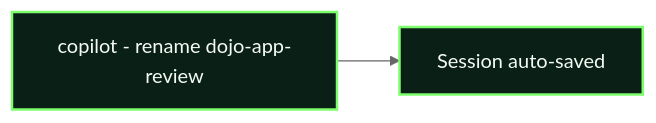
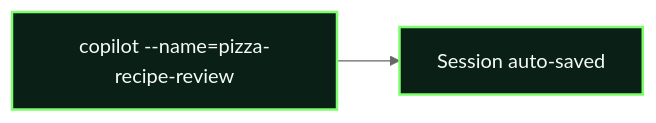
The second of 5 diagrams in 02-context-conversations/README.md (breconno/cowabunga), drawn with Mermaid (neutral theme) before and after one commit. The commit also changed other lines of this file and 7 other files, not shown here.

Commit message:
chore: update README and demo files for pizza recipe project context and flow clarity

````diff
--- a/02-context-conversations/README.md
+++ b/02-context-conversations/README.md
@@ -458,5 +469,5 @@
 ```mermaid
 flowchart LR
-    M1[copilot - rename dojo-app-review]:::monday --> M2[Session auto-saved]:::monday
+    M1[copilot --name=pizza-recipe-review]:::monday --> M2[Session auto-saved]:::monday
     classDef monday fill:#0a1f16,color:#f4fbf5,stroke:#7cff6b,stroke-width:2px
 ```
````
